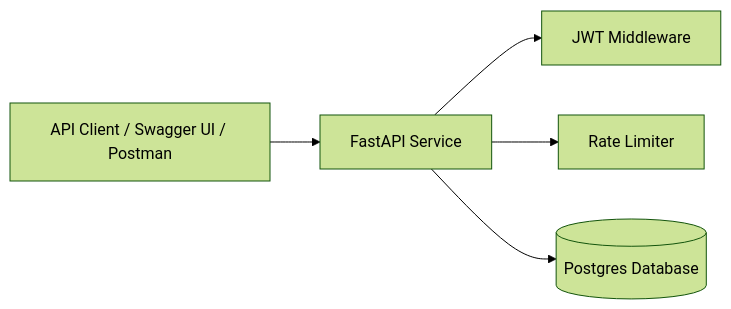
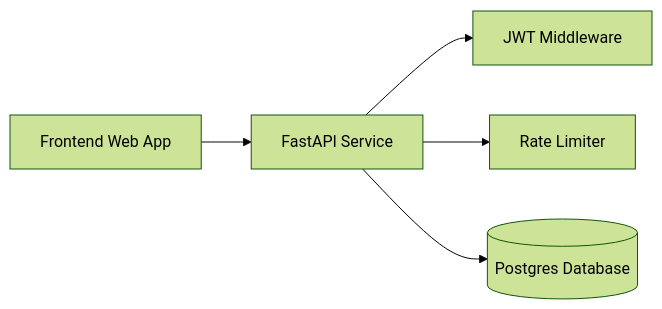
Before and after one commit to bmokrytz/TaskBeacon: the first of 2 diagrams in README.md, drawn with Mermaid (forest theme). The commit also changed other lines of this file and 1 other file, not shown here.

````diff
--- a/README.md
+++ b/README.md
@@ -18,7 +19,7 @@
 ```mermaid
 flowchart LR
-    Client[API Client / Swagger UI / Postman] --> API[FastAPI Service]
+    Client[Frontend Web App] --> API[FastAPI Service]
     API --> Auth[JWT Middleware]
     API --> RateLimit[Rate Limiter]
     API --> DB[(Postgres Database)]
 ```
````
